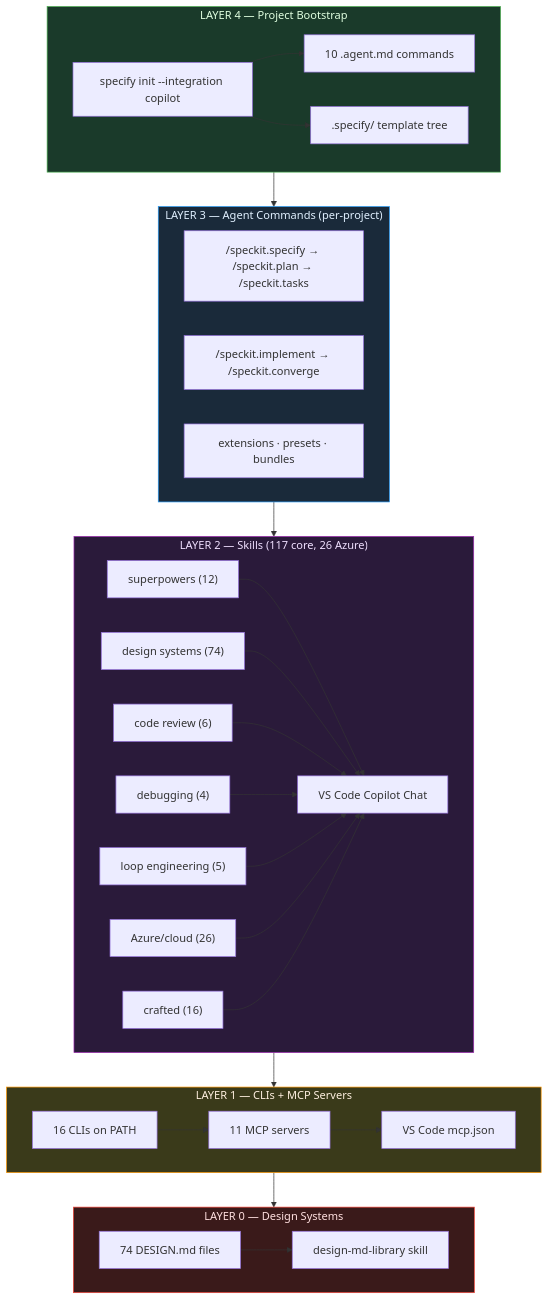
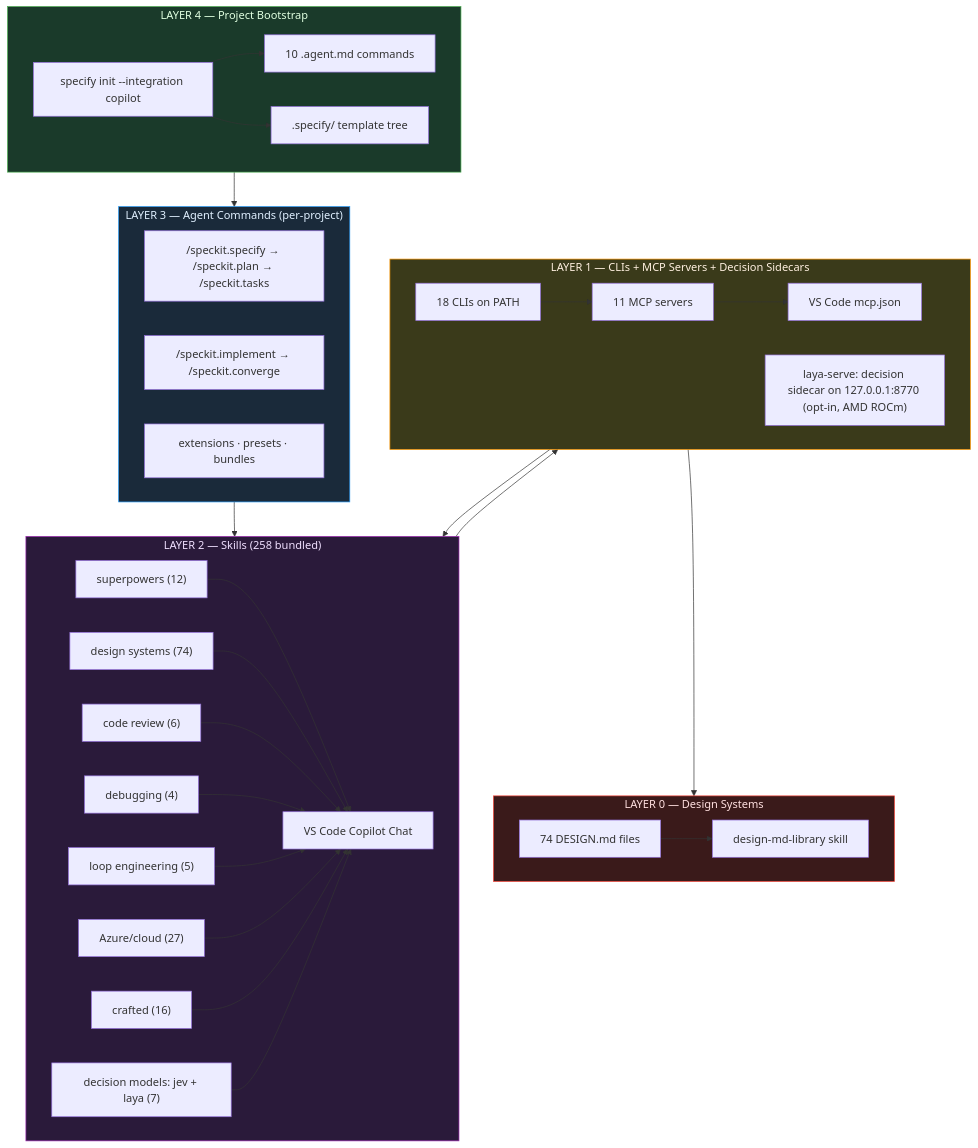
Before and after one commit to JZKK720/cubecloud-skills-bundle-kit: the diagram in README.md, drawn with Mermaid.

Commit message:
docs(readme): architecture mermaid reflects decision models + sidecar layer

````diff
--- a/README.md
+++ b/README.md
@@ -35,48 +35,50 @@
 ```mermaid
 graph TB
     subgraph L4["LAYER 4 — Project Bootstrap"]
         SPEC["specify init --integration copilot"]
         AGENTS["10 .agent.md commands"]
         TEMPLATES[".specify/ template tree"]
         SPEC --> AGENTS
         SPEC --> TEMPLATES
     end
 
     subgraph L3["LAYER 3 — Agent Commands (per-project)"]
         SD["/speckit.specify → /speckit.plan → /speckit.tasks"]
         IM["/speckit.implement → /speckit.converge"]
         EXT["extensions · presets · bundles"]
     end
 
-    subgraph L2["LAYER 2 — Skills (117 core, 26 Azure)"]
+    subgraph L2["LAYER 2 — Skills (258 bundled)"]
         direction LR
         METH["superpowers (12)"] --> COPILOT["VS Code Copilot Chat"]
         DSN["design systems (74)"] --> COPILOT
         REV["code review (6)"] --> COPILOT
         DBG["debugging (4)"] --> COPILOT
         LOOP["loop engineering (5)"] --> COPILOT
-        AZURE["Azure/cloud (26)"] --> COPILOT
+        AZURE["Azure/cloud (27)"] --> COPILOT
         CRAFT["crafted (16)"] --> COPILOT
+        DEC["decision models: jev + laya (7)"] --> COPILOT
     end
 
-    subgraph L1["LAYER 1 — CLIs + MCP Servers"]
+    subgraph L1["LAYER 1 — CLIs + MCP Servers + Decision Sidecars"]
         direction LR
-        CLI["16 CLIs on PATH"] --> MCP["11 MCP servers"]
+        CLI["18 CLIs on PATH"] --> MCP["11 MCP servers"]
         MCP --> VSCODE["VS Code mcp.json"]
+        SC["laya-serve: decision sidecar on 127.0.0.1:8770 (opt-in, AMD ROCm)"] --> COPILOT
     end
 
     subgraph L0["LAYER 0 — Design Systems"]
         D74["74 DESIGN.md files"] --> LIB["design-md-library skill"]
     end
 
     L4 --> L3
     L3 --> L2
     L2 --> L1
     L1 --> L0
 
     style L4 fill:#1a3a2a,stroke:#4caf50,color:#e0ffe0
     style L3 fill:#1a2a3a,stroke:#2196f3,color:#e0f0ff
     style L2 fill:#2a1a3a,stroke:#9c27b0,color:#f0e0ff
     style L1 fill:#3a3a1a,stroke:#ff9800,color:#fff0e0
     style L0 fill:#3a1a1a,stroke:#f44336,color:#ffe0e0
 ```
````
